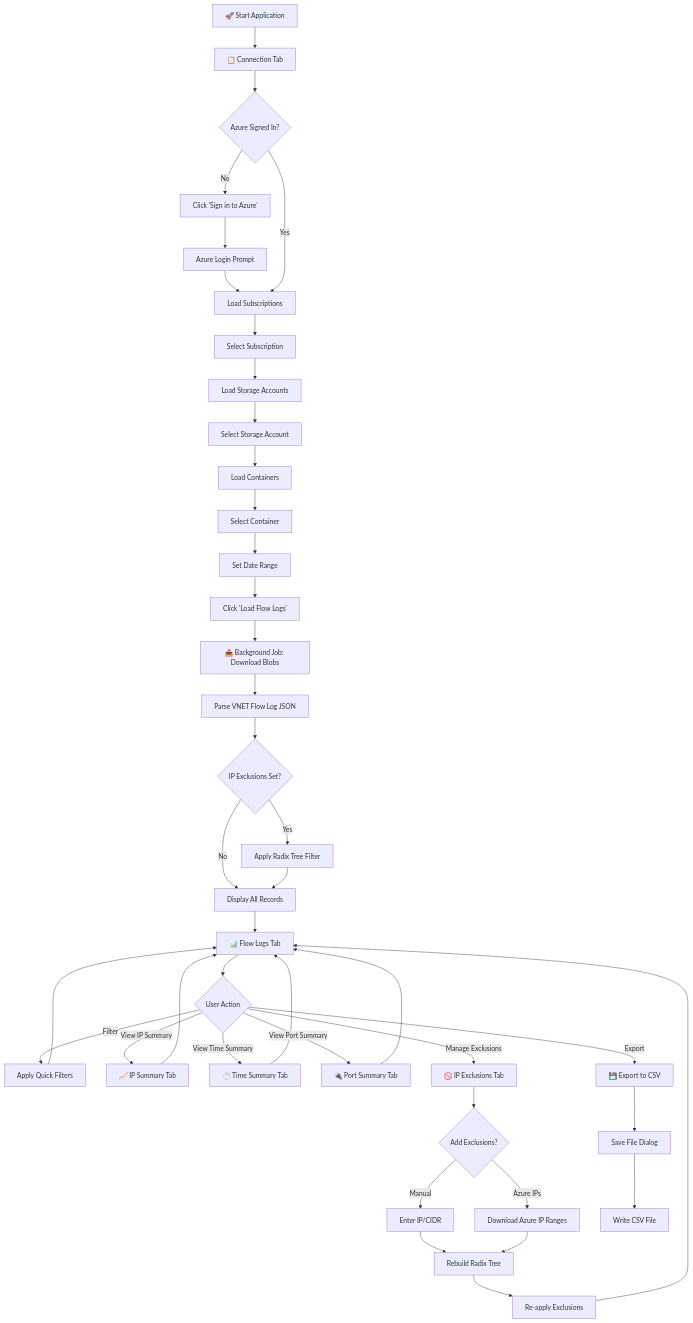
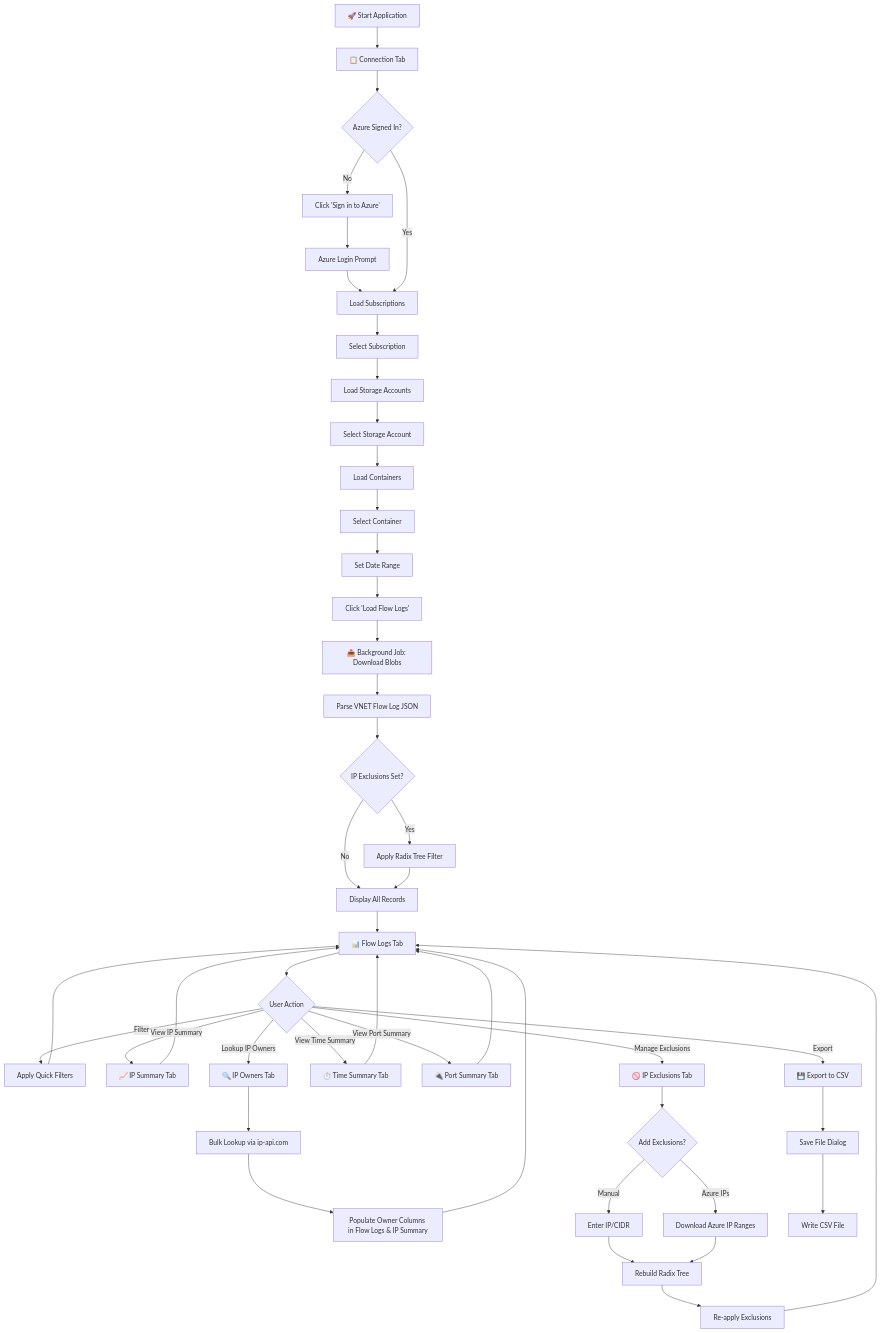
One commit to billcurtis/AzureMisc changed the diagram in Azure Flow Log Viewer/README.md. Above: the diagram before and after it, drawn with Mermaid. The commit also changed other lines of this file, not shown here.

````diff
--- a/Azure Flow Log Viewer/README.md
+++ b/Azure Flow Log Viewer/README.md
@@ -79,51 +82,56 @@
 ```mermaid
 flowchart TD
     A[🚀 Start Application] --> B[📋 Connection Tab]
     B --> C{Azure Signed In?}
     C -->|No| D[Click 'Sign in to Azure']
     D --> E[Azure Login Prompt]
     E --> F[Load Subscriptions]
     C -->|Yes| F
     F --> G[Select Subscription]
     G --> H[Load Storage Accounts]
     H --> I[Select Storage Account]
     I --> J[Load Containers]
     J --> K[Select Container]
     K --> L[Set Date Range]
     L --> M[Click 'Load Flow Logs']
     
     M --> N[📥 Background Job: Download Blobs]
     N --> O[Parse VNET Flow Log JSON]
     O --> P{IP Exclusions Set?}
     P -->|Yes| Q[Apply Radix Tree Filter]
     P -->|No| R[Display All Records]
     Q --> R
     
     R --> S[📊 Flow Logs Tab]
     S --> T{User Action}
     
     T -->|Filter| U[Apply Quick Filters]
     U --> S
     
     T -->|View IP Summary| V[📈 IP Summary Tab]
     V --> S
     
+    T -->|Lookup IP Owners| VI[🔍 IP Owners Tab]
+    VI --> VIA[Bulk Lookup via ip-api.com]
+    VIA --> VIB[Populate Owner Columns in Flow Logs & IP Summary]
+    VIB --> S
+    
     T -->|View Time Summary| W[⏱️ Time Summary Tab]
     W --> S
     
     T -->|View Port Summary| X[🔌 Port Summary Tab]
     X --> S
     
     T -->|Manage Exclusions| Y[🚫 IP Exclusions Tab]
     Y --> Z{Add Exclusions?}
     Z -->|Manual| AA[Enter IP/CIDR]
     Z -->|Azure IPs| AB[Download Azure IP Ranges]
     AA --> AC[Rebuild Radix Tree]
     AB --> AC
     AC --> AD[Re-apply Exclusions]
     AD --> S
     
     T -->|Export| AE[💾 Export to CSV]
     AE --> AF[Save File Dialog]
     AF --> AG[Write CSV File]
 ```
````
